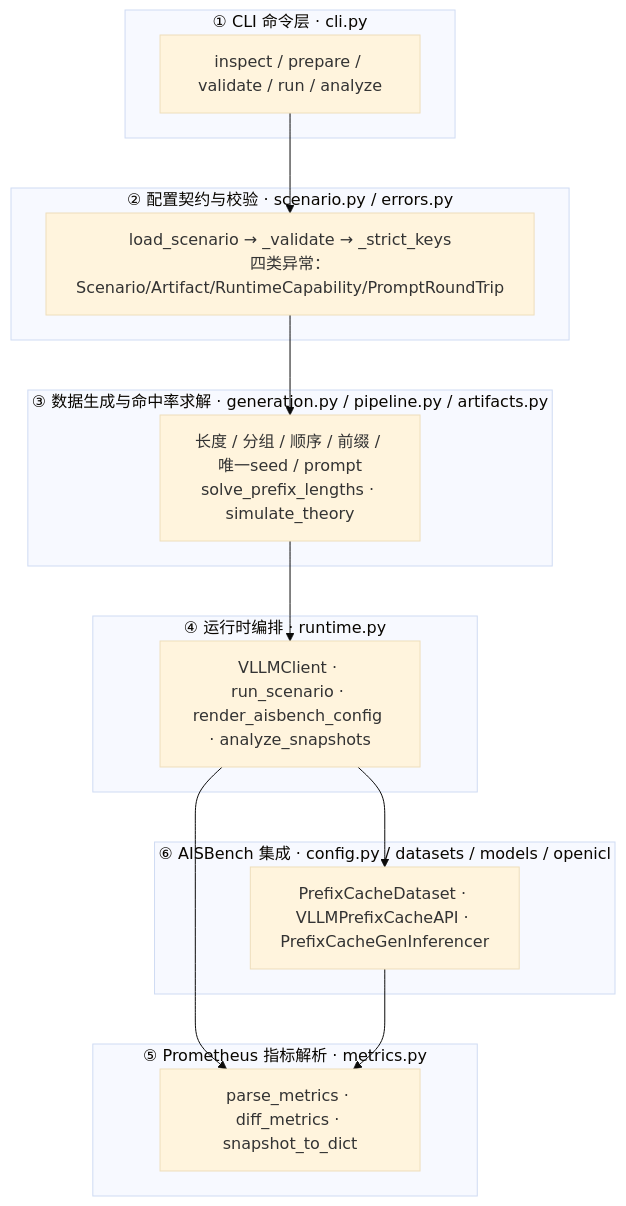
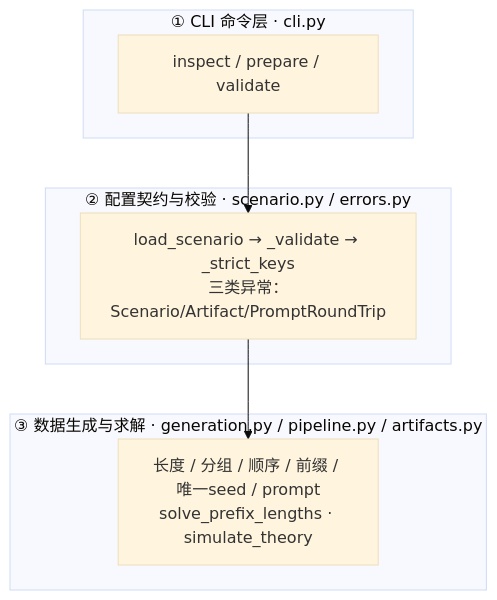
Before and after one commit to AISBench/benchmark: the first of 4 diagrams in plugins/prefix_cache/ARCHITECTURE.md, drawn with Mermaid (base theme). The commit also changed other lines of this file and 22 other files, not shown here.

Commit message:
生成前缀缓存数据集：仅保留 inspect/prepare/validate 离线功能

````diff
--- a/plugins/prefix_cache/ARCHITECTURE.md
+++ b/plugins/prefix_cache/ARCHITECTURE.md
@@ -19,26 +19,14 @@
 ```mermaid
 flowchart TB
     subgraph L1["① CLI 命令层 · cli.py"]
-        F1["inspect / prepare / validate / run / analyze"]
+        F1["inspect / prepare / validate"]
     end
     subgraph L2["② 配置契约与校验 · scenario.py / errors.py"]
-        F2["load_scenario → _validate → _strict_keys<br/>四类异常：Scenario/Artifact/RuntimeCapability/PromptRoundTrip"]
+        F2["load_scenario → _validate → _strict_keys<br/>三类异常：Scenario/Artifact/PromptRoundTrip"]
     end
-    subgraph L3["③ 数据生成与命中率求解 · generation.py / pipeline.py / artifacts.py"]
+    subgraph L3["③ 数据生成与求解 · generation.py / pipeline.py / artifacts.py"]
         F3["长度 / 分组 / 顺序 / 前缀 / 唯一seed / prompt<br/>solve_prefix_lengths · simulate_theory"]
     end
-    subgraph L4["④ 运行时编排 · runtime.py"]
-        F4["VLLMClient · run_scenario · render_aisbench_config · analyze_snapshots"]
-    end
-    subgraph L5["⑤ Prometheus 指标解析 · metrics.py"]
-        F5["parse_metrics · diff_metrics · snapshot_to_dict"]
-    end
-    subgraph L6["⑥ AISBench 集成 · config.py / datasets / models / openicl"]
-        F6["PrefixCacheDataset · VLLMPrefixCacheAPI · PrefixCacheGenInferencer"]
-    end
 
-    F1 --> F2 --> F3 --> F4
-    F4 --> F5
-    F4 --> F6
-    F6 --> F5
+    F1 --> F2 --> F3
 ```
````
